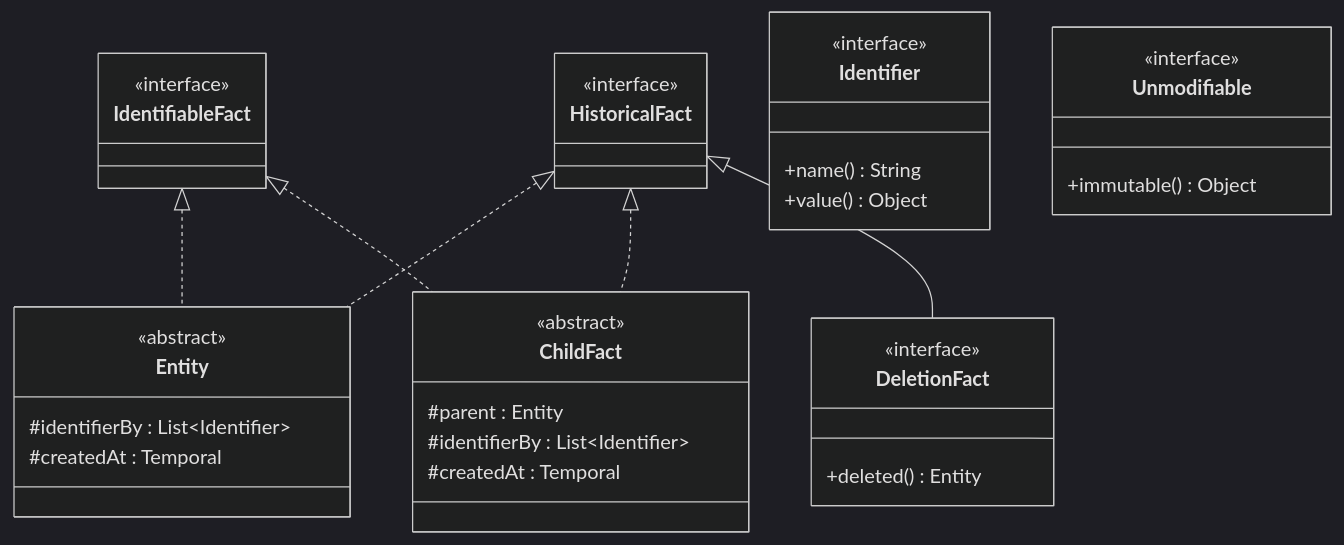
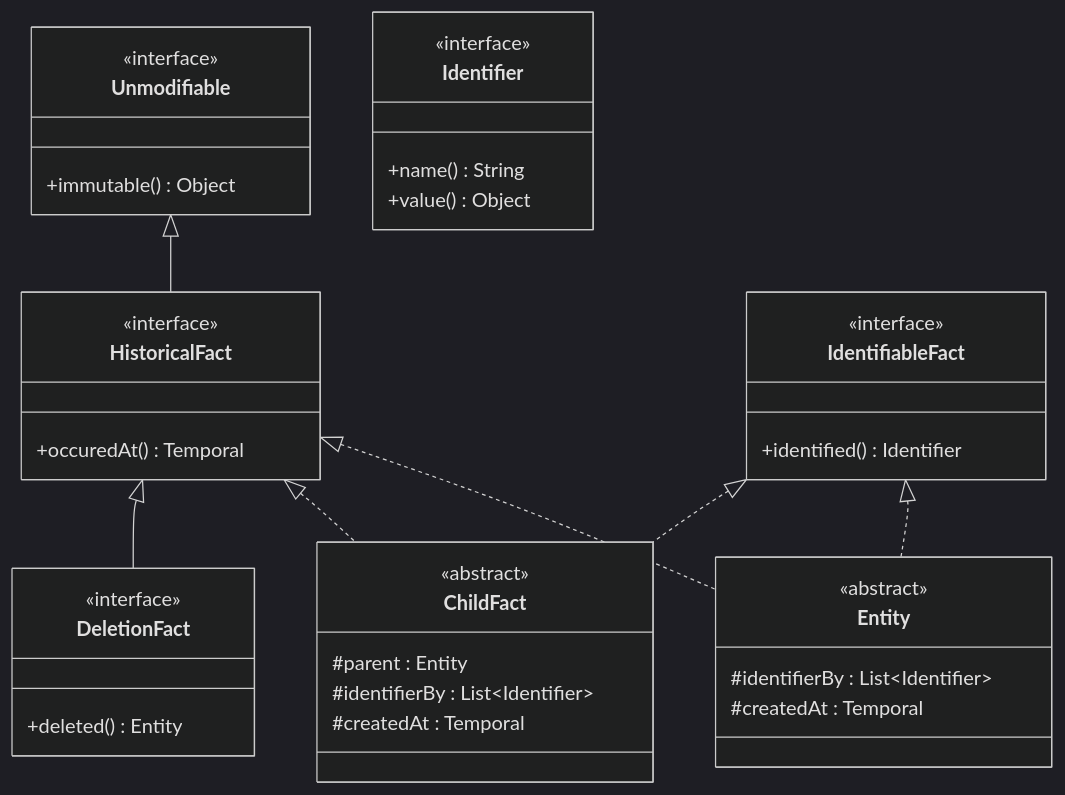
Before and after one commit to cybnity/foundation: the diagram in implementations-line/framework/immutable/README.md, drawn with Mermaid (dark theme). The commit also changed 1 other file, not shown here.

Commit message:
immutable package design documentation

````diff
--- a/implementations-line/framework/immutable/README.md
+++ b/implementations-line/framework/immutable/README.md
@@ -27,38 +27,41 @@
 ```mermaid
 classDiagram
     HistoricalFact <|.. Entity
     IdentifiableFact <|.. Entity
     IdentifiableFact <|.. ChildFact
+    Unmodifiable <|-- HistoricalFact
     HistoricalFact <|.. ChildFact
     HistoricalFact <|-- DeletionFact
     class HistoricalFact {
         <<interface>>
+        +occuredAt() Temporal
     }
     class IdentifiableFact {
         <<interface>>
+        +identified() Identifier
     }
     class Entity {
         <<abstract>>
         #identifierBy : List~Identifier~
         #createdAt : Temporal
     }
     class ChildFact {
         <<abstract>>
         #parent : Entity
         #identifierBy : List~Identifier~
         #createdAt : Temporal
     }
     class DeletionFact {
         <<interface>>
         +deleted() Entity
     }
+    class Unmodifiable {
+        <<interface>>
+        +immutable() Object
+    }
     class Identifier {
         <<interface>>
         +name() String
         +value() Object
     }
-    class Unmodifiable {
-        <<interface>>
-        +immutable() Object
-    }
 ```
````
